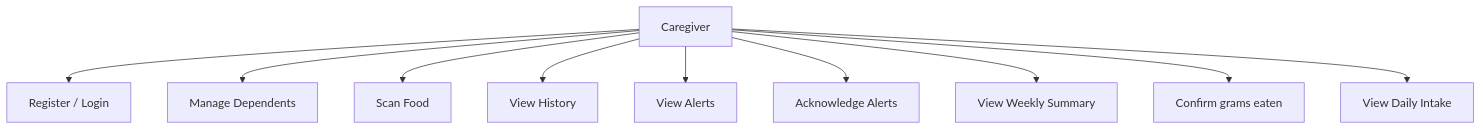
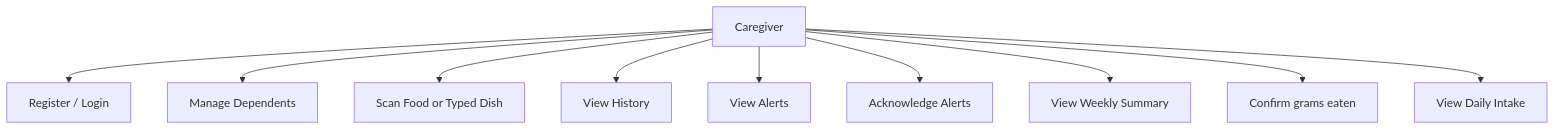
Before and after one commit to punypeony/HEALTHWATCH: the first of 9 diagrams in docs/diagrams.md, drawn with Mermaid. The commit also changed other lines of this file and 1 other file, not shown here.

Commit message:
diagrams

````diff
--- a/docs/diagrams.md
+++ b/docs/diagrams.md
@@ -9,13 +9,13 @@
 ```mermaid
 flowchart TD
   caregiver[Caregiver]
   caregiver --> registerLogin[Register / Login]
   caregiver --> manageDependents[Manage Dependents]
-  caregiver --> scanFood[Scan Food]
+  caregiver --> scanFood[Scan Food or Typed Dish]
   caregiver --> viewHistory[View History]
   caregiver --> viewAlerts[View Alerts]
   caregiver --> acknowledgeAlerts[Acknowledge Alerts]
   caregiver --> weeklySummary[View Weekly Summary]
   caregiver --> confirmEaten[Confirm grams eaten]
   caregiver --> dailyIntake[View Daily Intake]
 ```
````
